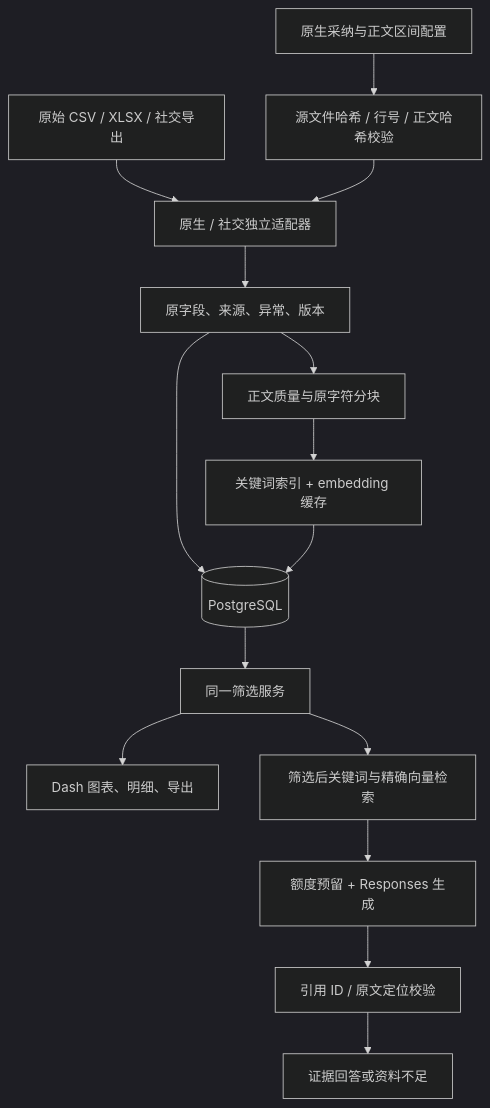
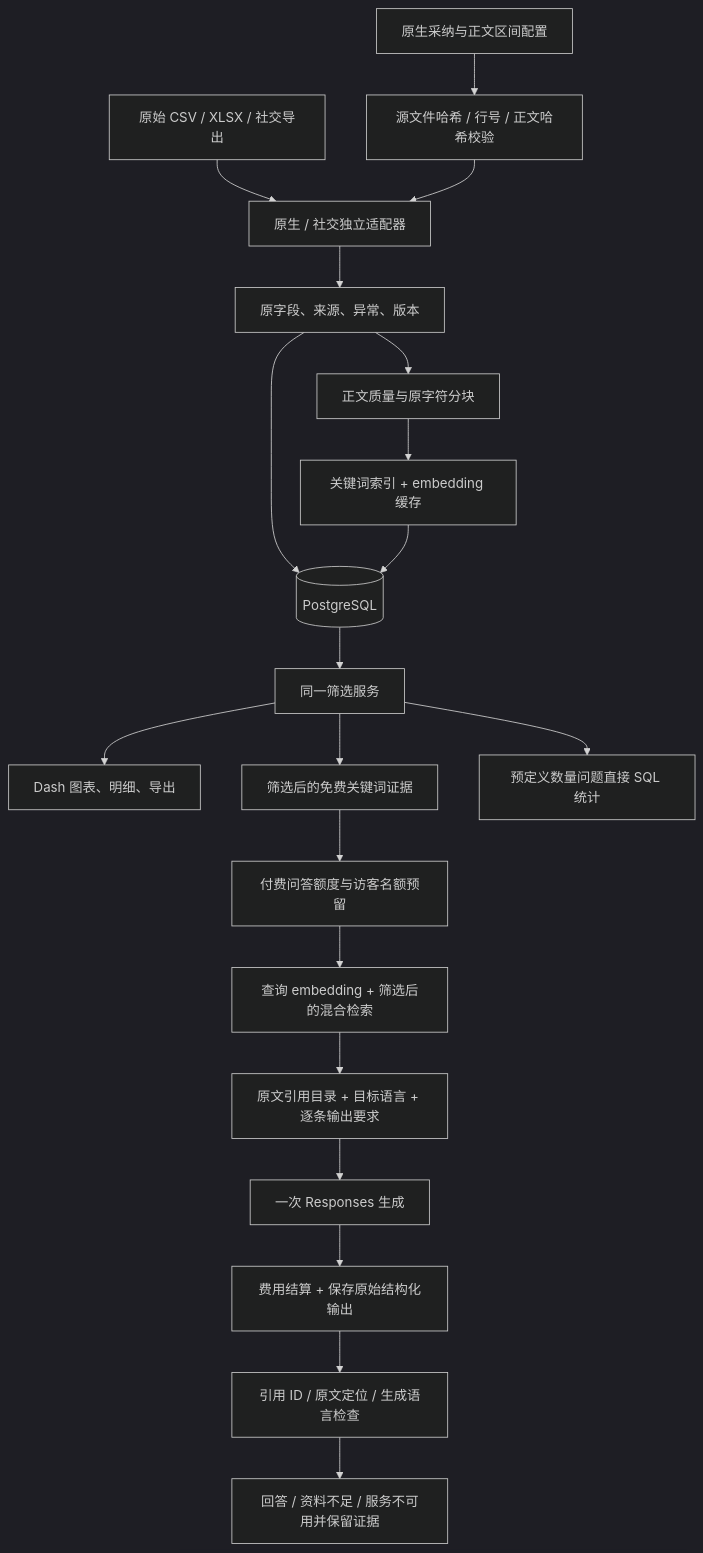
One commit to yaobc77-ai/ciss-advertising-observatory changed the diagram in docs/architecture.md. Above: the diagram before and after it, drawn with Mermaid (dark theme). The commit also changed other lines of this file and 16 other files, not shown here.

````diff
--- a/docs/architecture.md
+++ b/docs/architecture.md
@@ -7,17 +7,22 @@
 ```mermaid
 flowchart TD
     A[原始 CSV / XLSX / 社交导出] --> B[原生 / 社交独立适配器]
     M[原生采纳与正文区间配置] --> V[源文件哈希 / 行号 / 正文哈希校验]
     V --> B
     B --> C[原字段、来源、异常、版本]
     C --> D[(PostgreSQL)]
     D --> E[同一筛选服务]
     E --> F[Dash 图表、明细、导出]
     C --> G[正文质量与原字符分块]
     G --> H[关键词索引 + embedding 缓存]
     H --> D
-    E --> I[筛选后关键词与精确向量检索]
-    I --> J[额度预留 + Responses 生成]
-    J --> K[引用 ID / 原文定位校验]
-    K --> L[证据回答或资料不足]
+    E --> I[筛选后的免费关键词证据]
+    I --> J[付费问答额度与访客名额预留]
+    J --> Q[查询 embedding + 筛选后的混合检索]
+    Q --> S[原文引用目录 + 目标语言 + 逐条输出要求]
+    S --> R[一次 Responses 生成]
+    R --> U[费用结算 + 保存原始结构化输出]
+    U --> K[引用 ID / 原文定位 / 生成语言检查]
+    K --> L[回答 / 资料不足 / 服务不可用并保留证据]
+    E --> N[预定义数量问题直接 SQL 统计]
 ```
````
